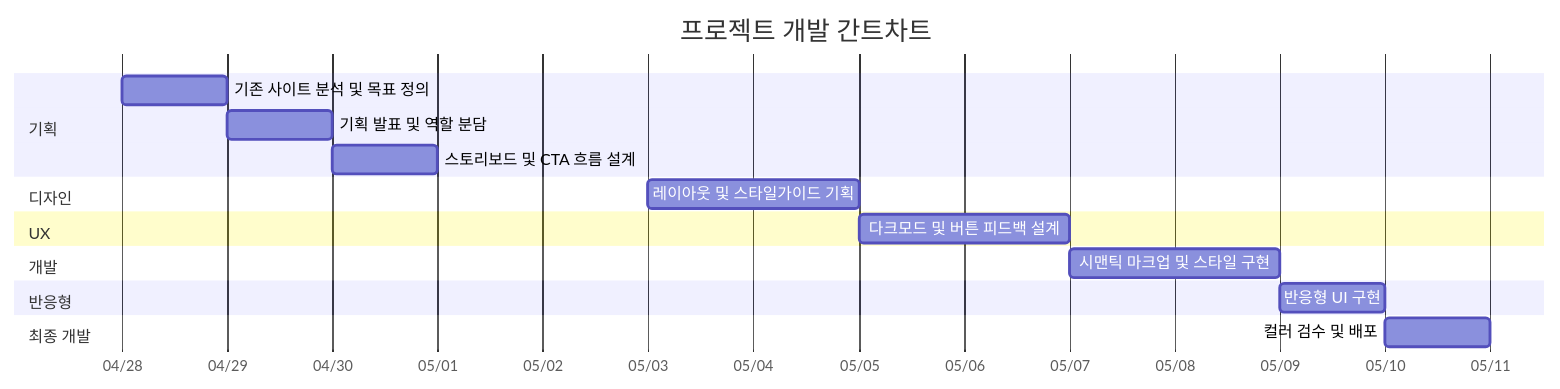
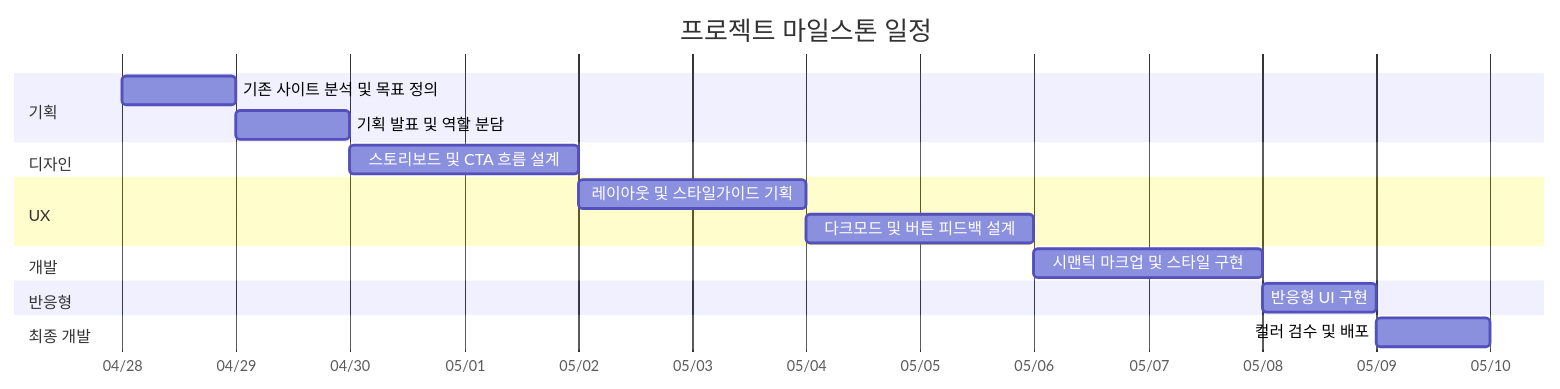
Before and after one commit to JoYoungBin00/acme_202604: the diagram in README.md, drawn with Mermaid.

Commit message:
feat: 수정

````diff
--- a/README.md
+++ b/README.md
@@ -73,26 +73,26 @@
 ```mermaid
 gantt
-    title 프로젝트 개발 간트차트
+    title 프로젝트 마일스톤 일정
     dateFormat YYYY-MM-DD
     axisFormat %m/%d
 
     section 기획
-    기존 사이트 분석 및 목표 정의        :a1, 2026-04-28, 1d
-    기획 발표 및 역할 분담              :a2, 2026-04-29, 1d
-    스토리보드 및 CTA 흐름 설계         :a3, 2026-04-30, 1d
+    기존 사이트 분석 및 목표 정의 :a1, 2026-04-28, 1d
+    기획 발표 및 역할 분담 :a2, 2026-04-29, 1d
 
     section 디자인
-    레이아웃 및 스타일가이드 기획       :b1, 2026-05-03, 2d
+    스토리보드 및 CTA 흐름 설계 :b1, 2026-04-30, 2d
 
     section UX
-    다크모드 및 버튼 피드백 설계        :c1, 2026-05-05, 2d
+    레이아웃 및 스타일가이드 기획 :c1, 2026-05-02, 2d
+    다크모드 및 버튼 피드백 설계 :c2, 2026-05-04, 2d
 
     section 개발
-    시맨틱 마크업 및 스타일 구현        :d1, 2026-05-07, 2d
+    시맨틱 마크업 및 스타일 구현 :d1, 2026-05-06, 2d
 
     section 반응형
-    반응형 UI 구현                      :e1, 2026-05-09, 1d
+    반응형 UI 구현 :e1, 2026-05-08, 1d
 
     section 최종 개발
-    컬러 검수 및 배포                  :f1, 2026-05-10, 1d
+    컬러 검수 및 배포 :f1, 2026-05-09, 1d
 ```
````
